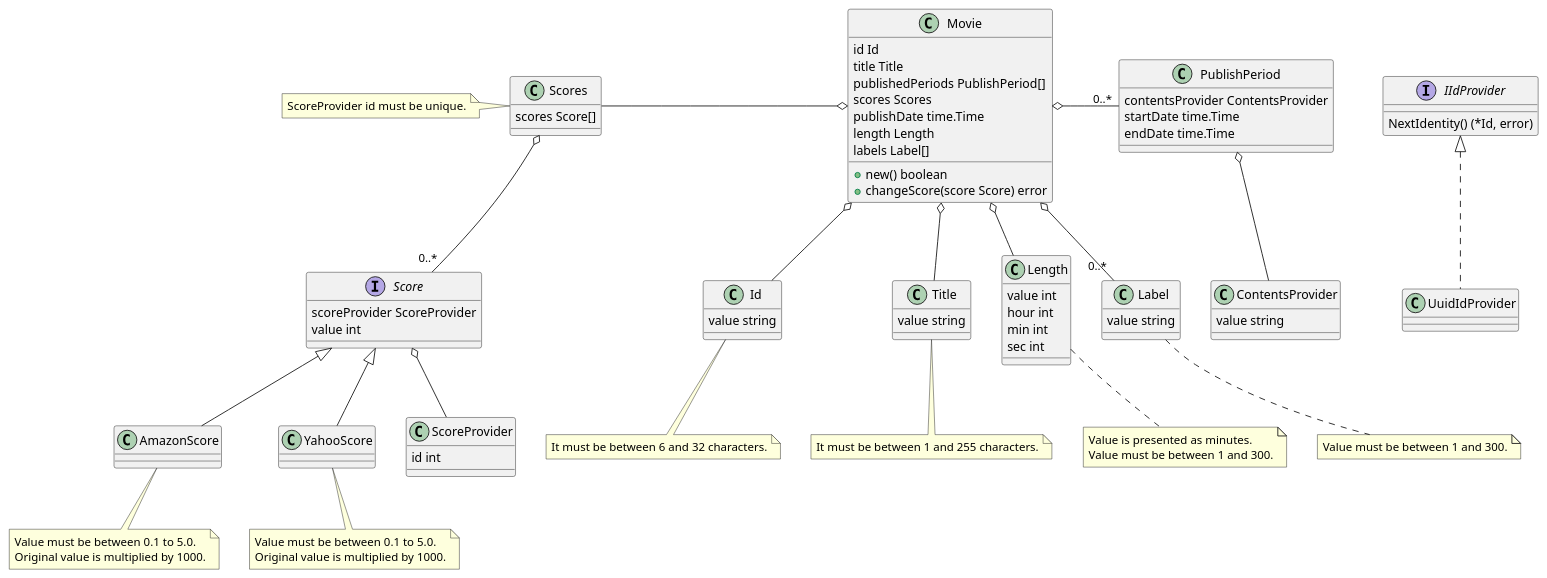
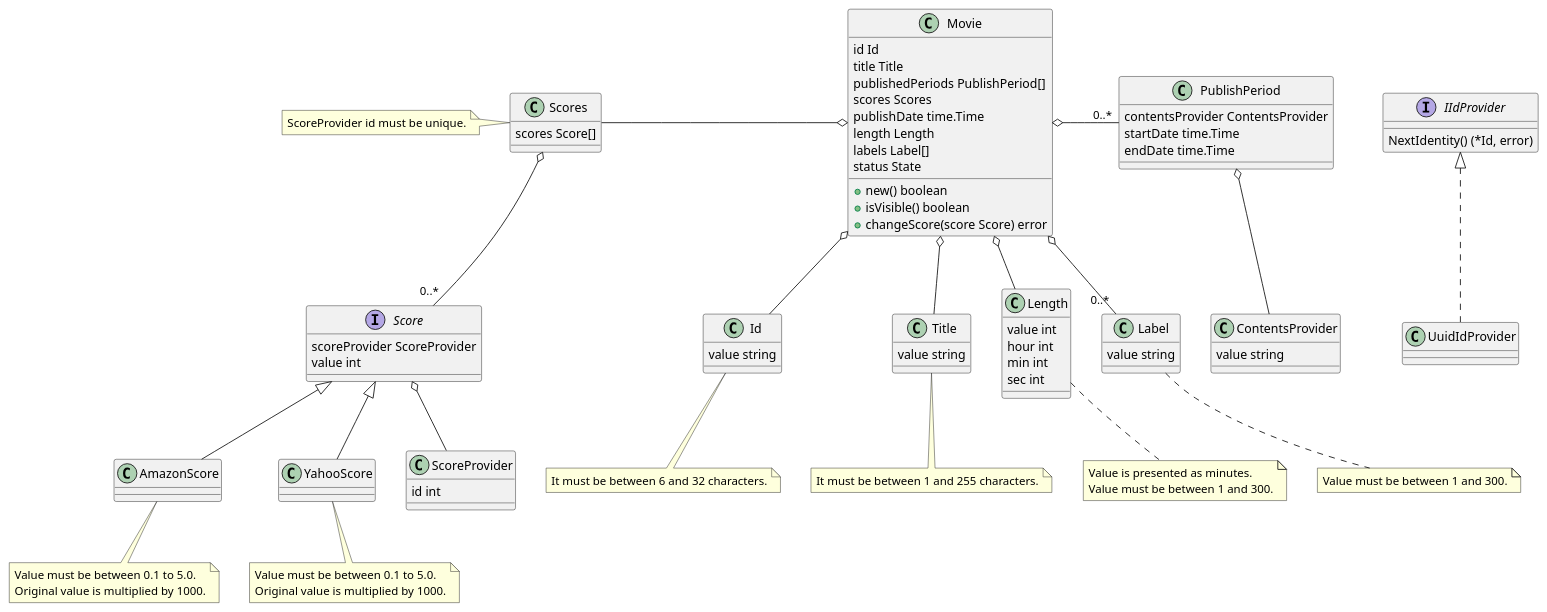
Before and after one commit to makocchi-git/ddd-guys: the diagram in hackathon/doc/movie.pu, drawn with PlantUML.

Commit message:
update movie.pu for state

```diff
--- a/hackathon/doc/movie.pu
+++ b/hackathon/doc/movie.pu
@@ -1,115 +1,117 @@
 @startuml
 
 class Movie {
     id Id
     title Title
     publishedPeriods PublishPeriod[]
     scores Scores
     publishDate time.Time
     length Length
     labels Label[]
+    status State
 
     +new() boolean
+    +isVisible() boolean
     +changeScore(score Score) error
 }
 
 class Scores {
     scores Score[]
 }
 
 note left of Scores
     ScoreProvider id must be unique.
 end note
 
 class Id {
     value string
 }
 
 note bottom of Id
     It must be between 6 and 32 characters.
 end note
 
 class Title {
     value string
 }
 
 note bottom of Title
     It must be between 1 and 255 characters.
 end note
 
 class Length {
     value int
     hour int
     min int
     sec int
 }
 
 note bottom of Length
     Value is presented as minutes.
     Value must be between 1 and 300.
 end note
 
 class Label {
     value string
 }
 
 note bottom of Label
     Value must be between 1 and 300.
 end note
 
 class PublishPeriod {
     contentsProvider ContentsProvider
     startDate time.Time
     endDate time.Time
 }
 
 class ContentsProvider {
     value string
 }
 
 interface Score {
     scoreProvider ScoreProvider
     value int
 }
 
 class AmazonScore {
 }
 
 note bottom of AmazonScore
     Value must be between 0.1 to 5.0.
     Original value is multiplied by 1000.
 end note
 
 class YahooScore {
 }
 
 note bottom of YahooScore
     Value must be between 0.1 to 5.0.
     Original value is multiplied by 1000.
 end note
 
 class ScoreProvider {
     id int
 }
 
 interface IIdProvider {
     NextIdentity() (*Id, error)
 }
 
 class UuidIdProvider {
 }
 
 Movie o-- Id
 Movie o-- Title
 Movie o-- Length
 Movie o-right- "0..*" PublishPeriod
 Movie o-- "0..*" Label
 Movie o-left- Scores
 Scores o-- "0..*" Score
 Score o-- ScoreProvider
 Score <|-- AmazonScore
 Score <|-- YahooScore
 PublishPeriod o-- ContentsProvider
 IIdProvider <|.. UuidIdProvider
 
 @enduml
```
